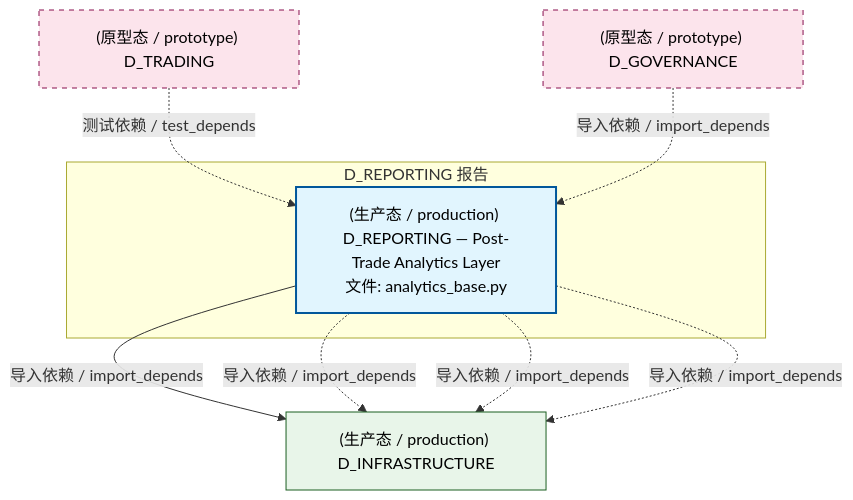
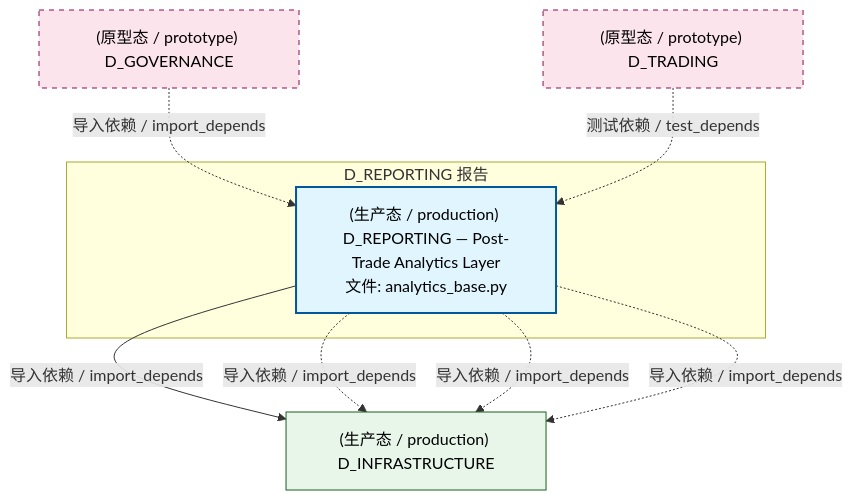
One commit to xuanFelixVan/ZephyrAlpha changed the second of 4 diagrams in docs/02_enterprise_architecture/02_domain_architecture_docs/23_d_reporting.md. Above: the diagram before and after it, drawn with Mermaid. The commit also changed other lines of this file and 126 other files, not shown here.

````diff
--- a/docs/02_enterprise_architecture/02_domain_architecture_docs/23_d_reporting.md
+++ b/docs/02_enterprise_architecture/02_domain_architecture_docs/23_d_reporting.md
@@ -121,22 +121,22 @@
 ```mermaid
 graph TD
     subgraph D_REPORTING["D_REPORTING 报告"]
         src_zephyr_reporting_analytics_base_py["(生产态 / production) D_REPORTING — Post-Trade Analytics Layer<br/>文件: analytics_base.py"]
     end
     D_INFRASTRUCTURE["(生产态 / production) D_INFRASTRUCTURE"]
     src_zephyr_reporting_analytics_base_py -->|导入依赖 / import_depends| D_INFRASTRUCTURE
     src_zephyr_reporting_analytics_base_py -.->|导入依赖 / import_depends| D_INFRASTRUCTURE
     src_zephyr_reporting_analytics_base_py -.->|导入依赖 / import_depends| D_INFRASTRUCTURE
     src_zephyr_reporting_analytics_base_py -.->|导入依赖 / import_depends| D_INFRASTRUCTURE
+    D_GOVERNANCE["(原型态 / prototype) D_GOVERNANCE"]
+    D_GOVERNANCE -.->|导入依赖 / import_depends| src_zephyr_reporting_analytics_base_py
     D_TRADING["(原型态 / prototype) D_TRADING"]
     D_TRADING -.->|测试依赖 / test_depends| src_zephyr_reporting_analytics_base_py
-    D_GOVERNANCE["(原型态 / prototype) D_GOVERNANCE"]
-    D_GOVERNANCE -.->|导入依赖 / import_depends| src_zephyr_reporting_analytics_base_py
     classDef production fill:#e1f5fe,stroke:#01579b,stroke-width:2px,color:#000
     classDef design fill:#fff3e0,stroke:#e65100,stroke-width:2px,color:#000,stroke-dasharray: 5 5
     classDef external_prod fill:#e8f5e9,stroke:#1b5e20,stroke-width:1px,color:#000
     classDef external_design fill:#fce4ec,stroke:#880e4f,stroke-width:1px,color:#000,stroke-dasharray: 5 5
     class src_zephyr_reporting_analytics_base_py production
     class D_INFRASTRUCTURE external_prod
-    class D_TRADING,D_GOVERNANCE external_design
+    class D_GOVERNANCE,D_TRADING external_design
 ```
````
